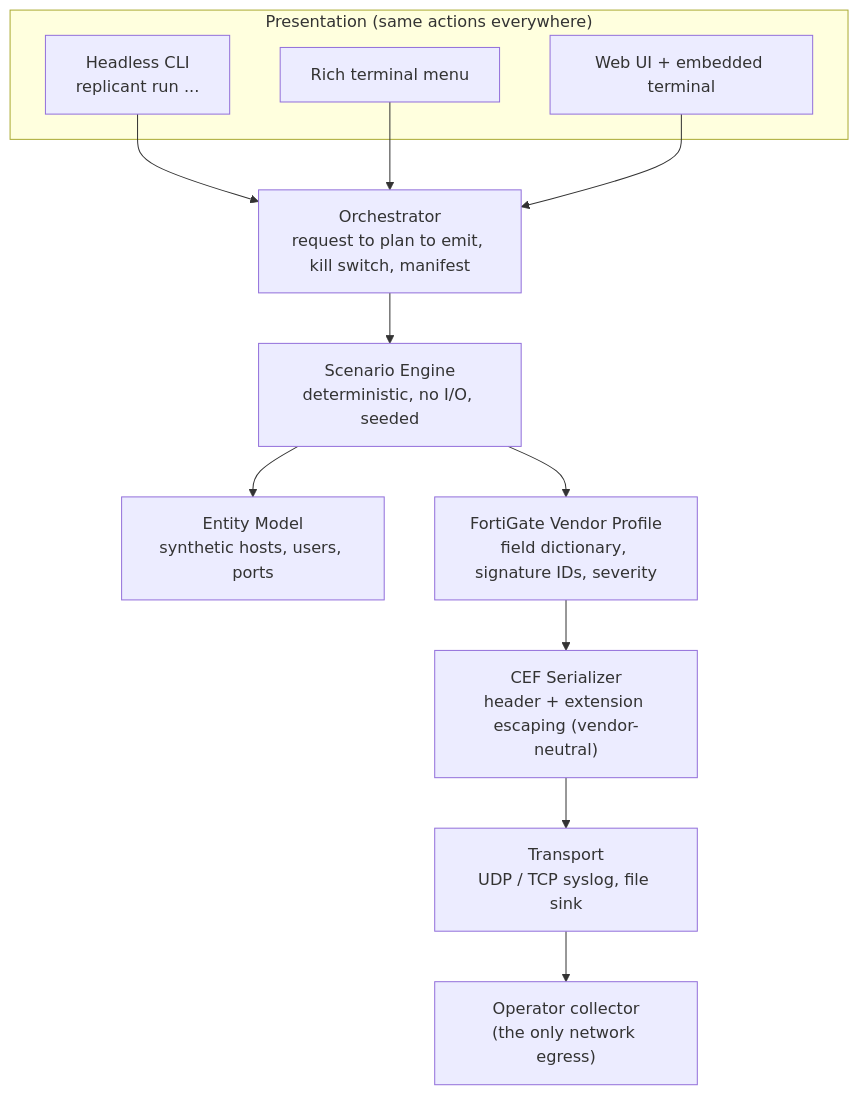
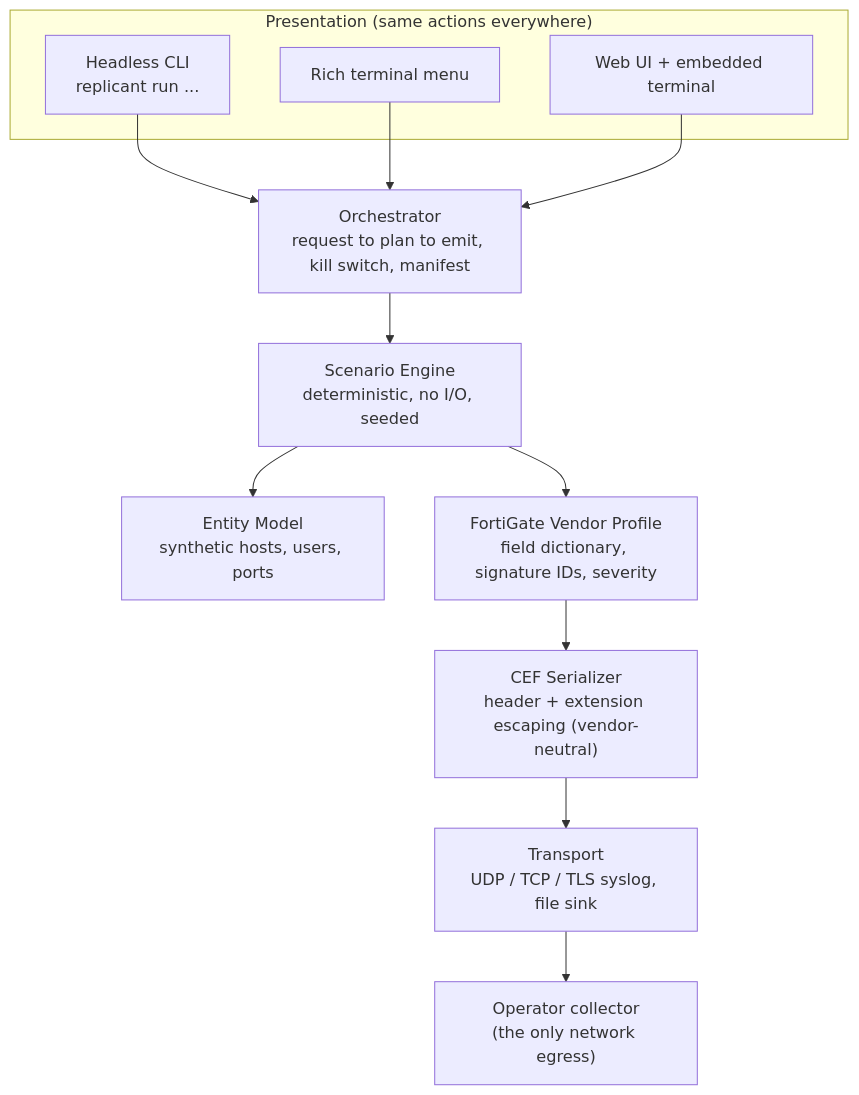
Before and after one commit to 404SecNotFound/Replicant: the diagram in README.md, drawn with Mermaid. The commit also changed other lines of this file and 2 other files, not shown here.

Commit message:
docs: Phase 2 complete (technique table, TLS, roadmap, review)

````diff
--- a/README.md
+++ b/README.md
@@ -62,25 +62,25 @@
 ```mermaid
 flowchart TD
     subgraph P["Presentation (same actions everywhere)"]
         CLI["Headless CLI<br/>replicant run ..."]
         MENU["Rich terminal menu"]
         WEB["Web UI + embedded terminal"]
     end
     ORCH["Orchestrator<br/>request to plan to emit, kill switch, manifest"]
     ENGINE["Scenario Engine<br/>deterministic, no I/O, seeded"]
     ENT["Entity Model<br/>synthetic hosts, users, ports"]
     PROFILE["FortiGate Vendor Profile<br/>field dictionary, signature IDs, severity"]
     CEF["CEF Serializer<br/>header + extension escaping (vendor-neutral)"]
-    TRANS["Transport<br/>UDP / TCP syslog, file sink"]
+    TRANS["Transport<br/>UDP / TCP / TLS syslog, file sink"]
     COLL["Operator collector<br/>(the only network egress)"]
 
     CLI --> ORCH
     MENU --> ORCH
     WEB --> ORCH
     ORCH --> ENGINE
     ENGINE --> ENT
     ENGINE --> PROFILE
     PROFILE --> CEF
     CEF --> TRANS
     TRANS --> COLL
 ```
````
